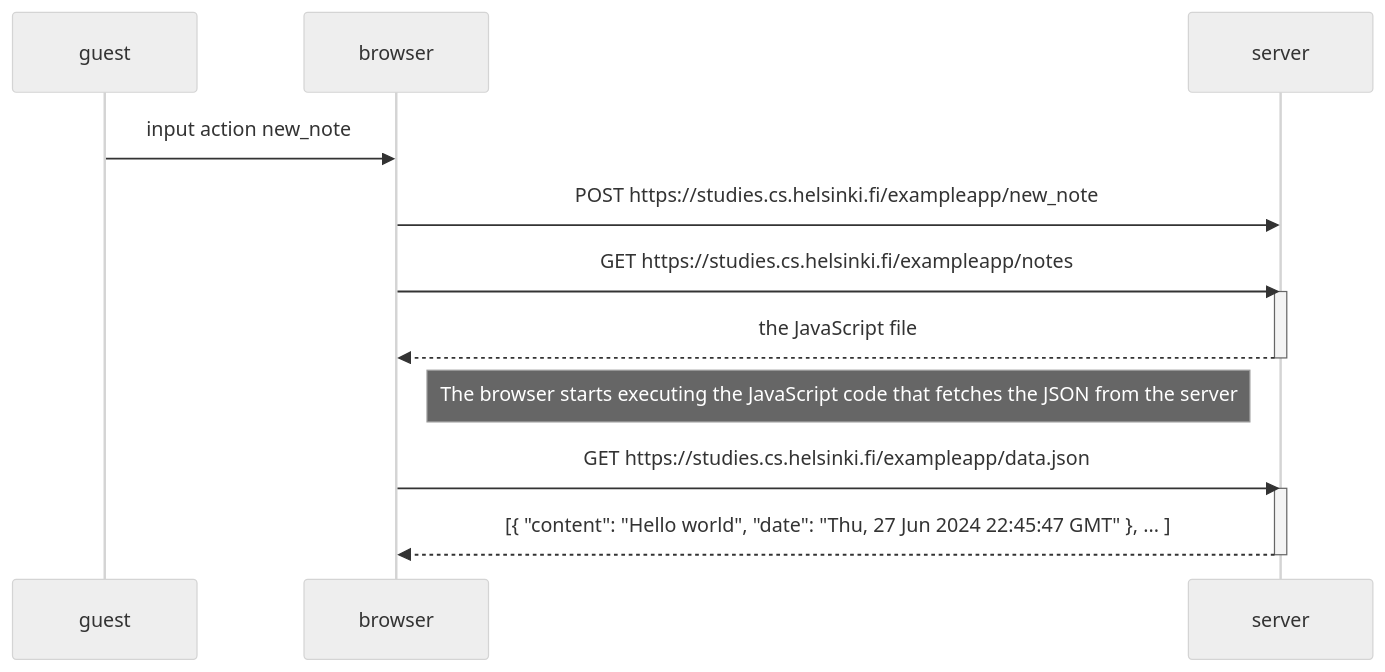
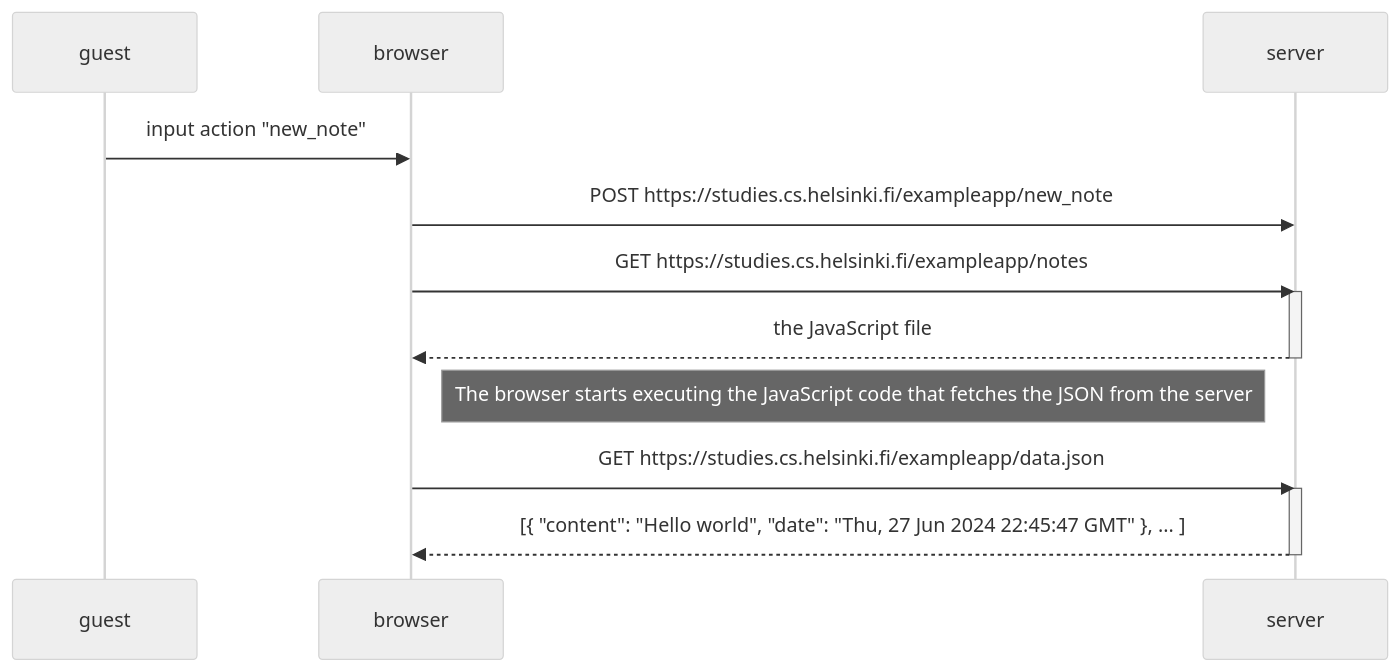
Before and after one commit to bacucan1/Fullstack-open-part-0-DG: the diagram in Exercise_0.4_Fullstack_open.md, drawn with Mermaid (neutral theme).

````diff
--- a/Exercise_0.4_Fullstack_open.md
+++ b/Exercise_0.4_Fullstack_open.md
@@ -1,21 +1,21 @@
 ```mermaid
 sequenceDiagram
     participant guest
     participant browser
     participant server
 
-    guest->>browser: input action new_note
+    guest->>browser: input action "new_note"
     browser->>server: POST https://studies.cs.helsinki.fi/exampleapp/new_note
     browser->>server: GET https://studies.cs.helsinki.fi/exampleapp/notes
     activate server
     server-->>browser: the JavaScript file
     deactivate server
 
     Note right of browser: The browser starts executing the JavaScript code that fetches the JSON from the server
 
     browser->>server: GET https://studies.cs.helsinki.fi/exampleapp/data.json
     activate server
     server-->>browser: [{ "content": "Hello world", "date": "Thu, 27 Jun 2024 22:45:47 GMT" }, ... ]
     deactivate server
 
 ```
````
